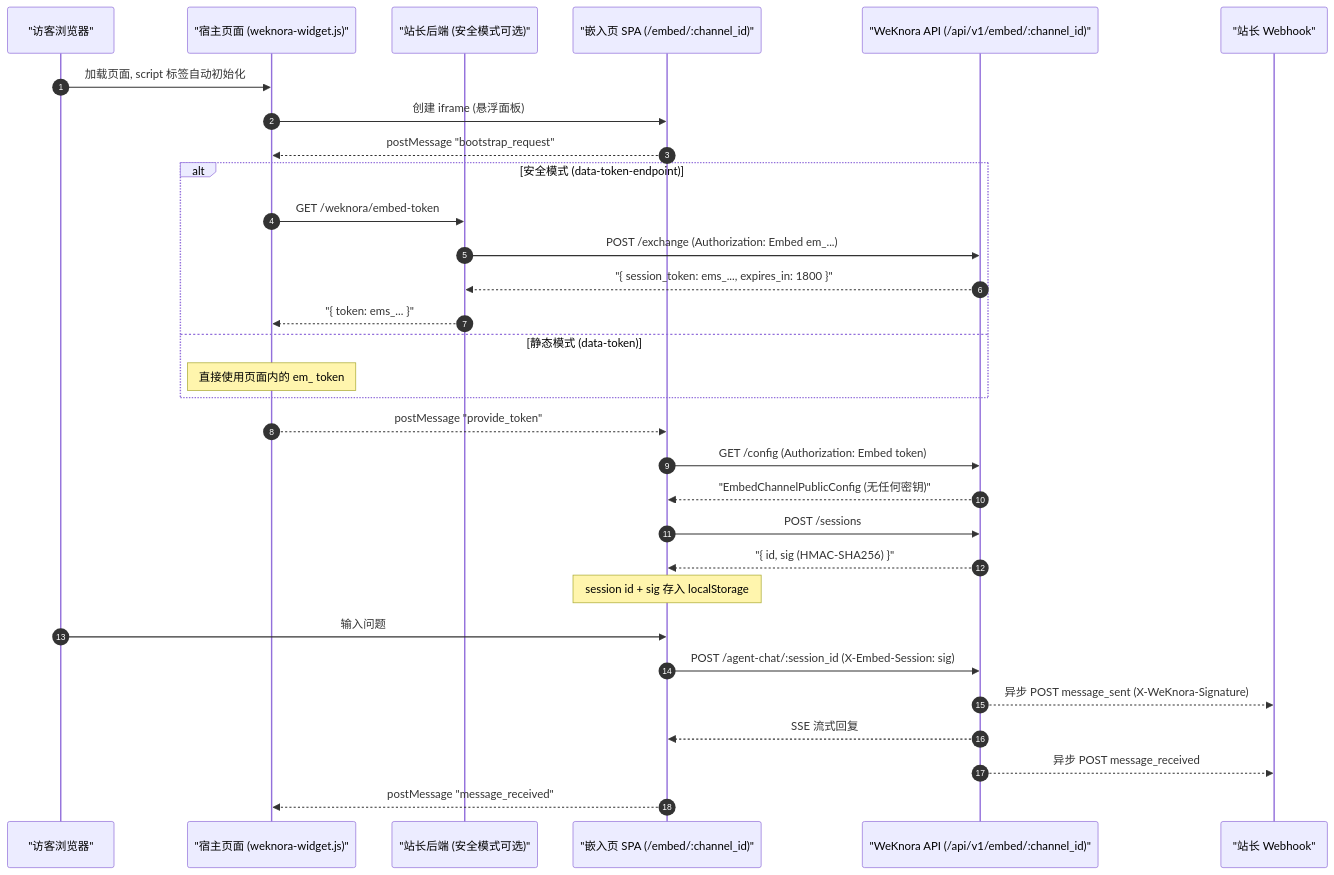
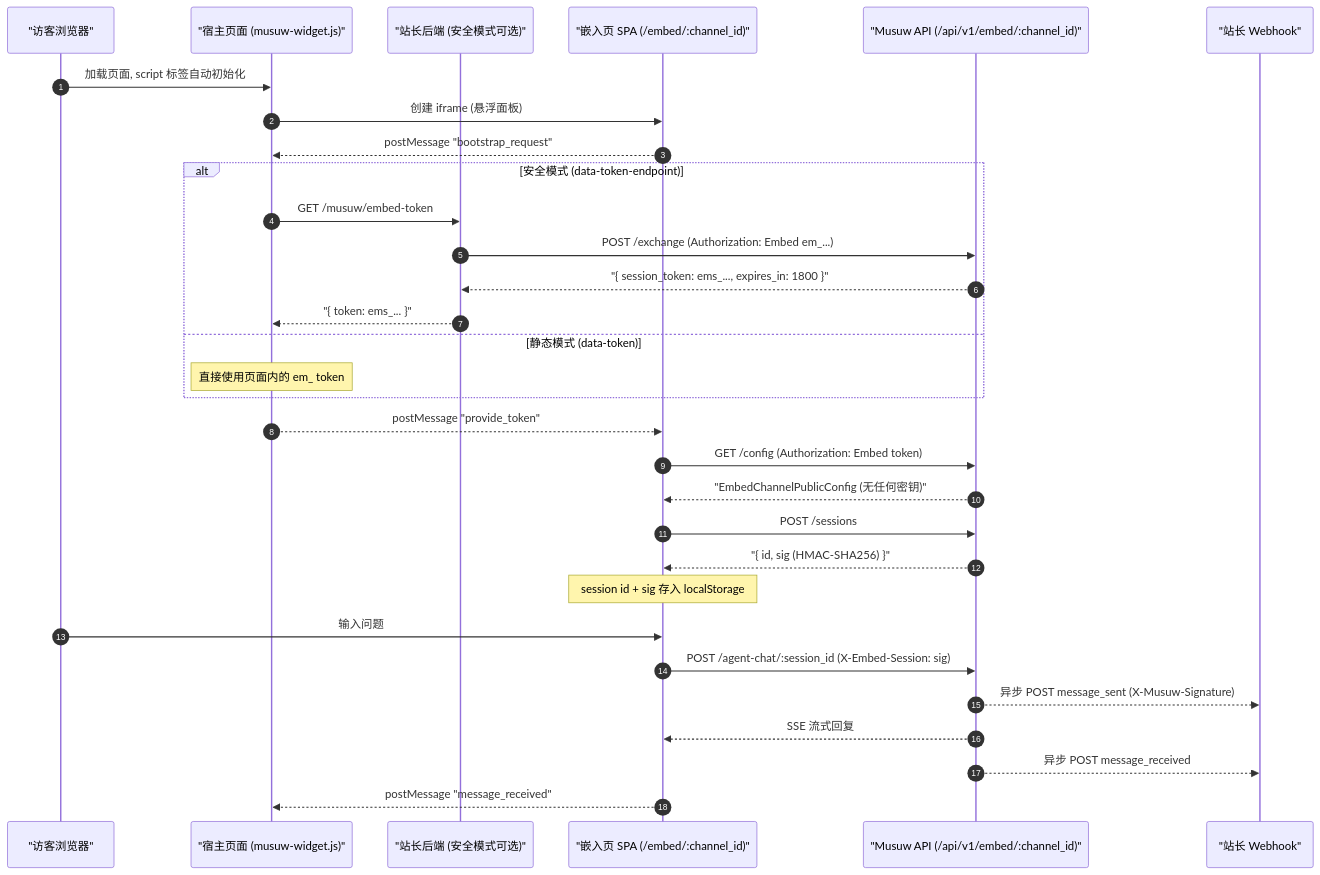
Before and after one commit to estromeglovettgen-coder/musuw: the diagram in weknora/website-docs/03-features/13-embed-channel.md, drawn with Mermaid. The commit also changed other lines of this file and 45 other files, not shown here.

````diff
--- a/weknora/website-docs/03-features/13-embed-channel.md
+++ b/weknora/website-docs/03-features/13-embed-channel.md
@@ -248,34 +248,34 @@
 ```mermaid
 sequenceDiagram
     autonumber
     participant Visitor as "访客浏览器"
-    participant Host as "宿主页面 (weknora-widget.js)"
+    participant Host as "宿主页面 (musuw-widget.js)"
     participant Backend as "站长后端 (安全模式可选)"
     participant Iframe as "嵌入页 SPA (/embed/:channel_id)"
-    participant API as "WeKnora API (/api/v1/embed/:channel_id)"
+    participant API as "Musuw API (/api/v1/embed/:channel_id)"
     participant Webhook as "站长 Webhook"
 
     Visitor->>Host: 加载页面, script 标签自动初始化
     Host->>Iframe: 创建 iframe (悬浮面板)
     Iframe-->>Host: postMessage "bootstrap_request"
     alt 安全模式 (data-token-endpoint)
-        Host->>Backend: GET /weknora/embed-token
+        Host->>Backend: GET /musuw/embed-token
         Backend->>API: POST /exchange (Authorization: Embed em_...)
         API-->>Backend: "{ session_token: ems_..., expires_in: 1800 }"
         Backend-->>Host: "{ token: ems_... }"
     else 静态模式 (data-token)
         Note over Host: 直接使用页面内的 em_ token
     end
     Host-->>Iframe: postMessage "provide_token"
     Iframe->>API: GET /config (Authorization: Embed token)
     API-->>Iframe: "EmbedChannelPublicConfig (无任何密钥)"
     Iframe->>API: POST /sessions
     API-->>Iframe: "{ id, sig (HMAC-SHA256) }"
     Note over Iframe: session id + sig 存入 localStorage
     Visitor->>Iframe: 输入问题
     Iframe->>API: POST /agent-chat/:session_id (X-Embed-Session: sig)
-    API-->>Webhook: 异步 POST message_sent (X-WeKnora-Signature)
+    API-->>Webhook: 异步 POST message_sent (X-Musuw-Signature)
     API-->>Iframe: SSE 流式回复
     API-->>Webhook: 异步 POST message_received
     Iframe-->>Host: postMessage "message_received"
 ```
````
